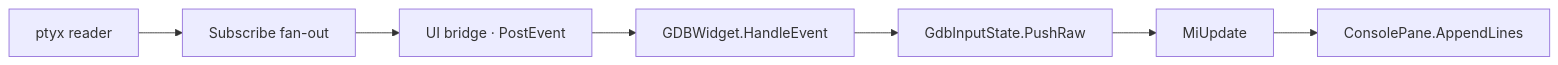
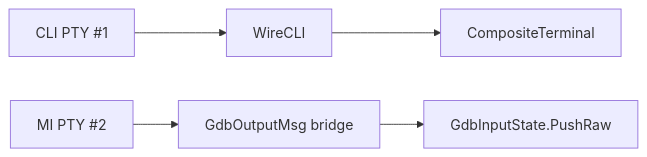
One commit to yairgd/gdbforge changed the second of 2 diagrams in docs/DEVELOPER_GUIDE.md. Above: the diagram before and after it, drawn with Mermaid. The commit also changed other lines of this file and 243 other files, not shown here.

````diff
--- a/docs/DEVELOPER_GUIDE.md
+++ b/docs/DEVELOPER_GUIDE.md
@@ -317,12 +326,12 @@
 ```mermaid
 flowchart LR
-    PTY["ptyx reader"]
-    Fan["Subscribe fan-out"]
-    Bridge["UI bridge · PostEvent"]
-    Widget["GDBWidget.HandleEvent"]
+    CLI["CLI PTY #1"]
+    MI["MI PTY #2"]
+    Wire["WireCLI"]
+    Term["CompositeTerminal"]
+    Bridge["GdbOutputMsg bridge"]
     State["GdbInputState.PushRaw"]
-    Upd["MiUpdate"]
-    Cons["ConsolePane.AppendLines"]
 
-    PTY --> Fan --> Bridge --> Widget --> State --> Upd --> Cons
+    CLI --> Wire --> Term
+    MI --> Bridge --> State
 ```
````
